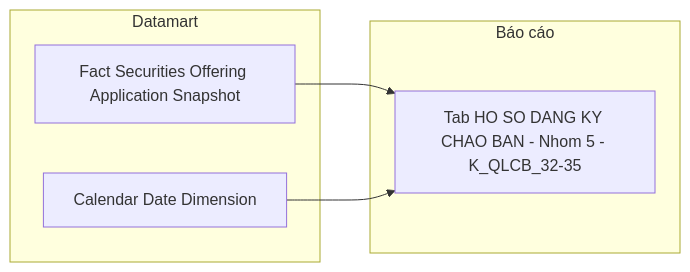
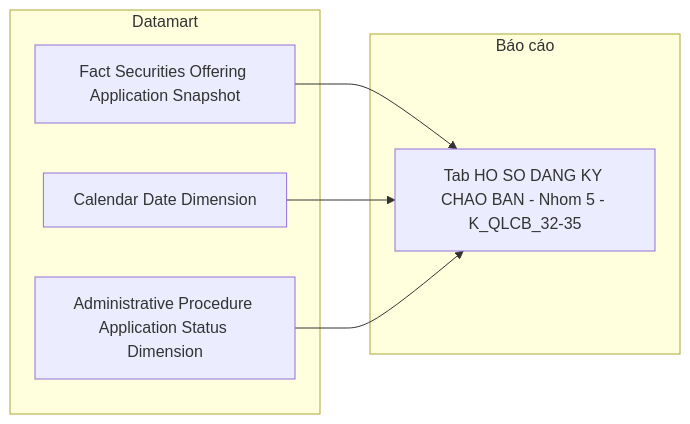
One commit to linhlvit/ubck_atomic_design changed diagram 15 of 22 in Datamart/hld/DTM_QLCB_HLD.md. Above: the diagram before and after it, drawn with Mermaid. The commit also changed other lines of this file and 13 other files, not shown here.

````diff
--- a/Datamart/hld/DTM_QLCB_HLD.md
+++ b/Datamart/hld/DTM_QLCB_HLD.md
@@ -785,12 +846,14 @@
 ```mermaid
 flowchart LR
     subgraph Datamart["Datamart"]
         G1["Fact Securities Offering Application Snapshot"]
         G2["Calendar Date Dimension"]
+        G3["Administrative Procedure Application Status Dimension"]
     end
     subgraph RPT["Báo cáo"]
         R5["Tab HO SO DANG KY CHAO BAN - Nhom 5 - K_QLCB_32-35"]
     end
     G1 --> R5
     G2 --> R5
+    G3 --> R5
 ```
````
